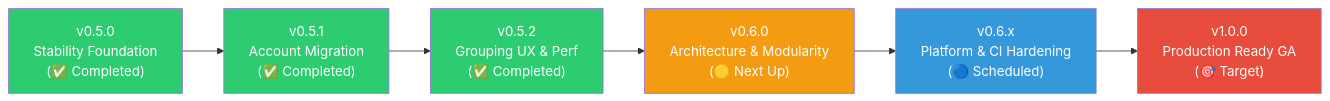
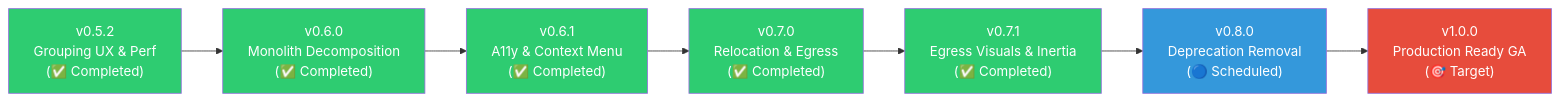
The diagram in doc/roadmap.md (pccria/flutter_notification_queue), drawn with Mermaid before and after one commit. The commit also changed other lines of this file and 62 other files, not shown here.

First line of the commit message:
feat(interactions): directional egress physics, card-centric flight, and cross-queue slot relocation

````diff
--- a/doc/roadmap.md
+++ b/doc/roadmap.md
@@ -11,15 +11,17 @@
 ```mermaid
 graph LR
-    A["v0.5.0<br/>Stability Foundation<br/>(✅ Completed)"] --> B["v0.5.1<br/>Account Migration<br/>(✅ Completed)"]
-    B --> C["v0.5.2<br/>Grouping UX & Perf<br/>(✅ Completed)"]
-    C --> D["v0.6.0<br/>Architecture & Modularity<br/>(🟡 Next Up)"]
-    D --> E["v0.6.x<br/>Platform & CI Hardening<br/>(🔵 Scheduled)"]
-    E --> F["v1.0.0<br/>Production Ready GA<br/>(🎯 Target)"]
+    A["v0.5.2<br/>Grouping UX & Perf<br/>(✅ Completed)"] --> B["v0.6.0<br/>Monolith Decomposition<br/>(✅ Completed)"]
+    B --> C["v0.6.1<br/>A11y & Context Menu<br/>(✅ Completed)"]
+    C --> D["v0.7.0<br/>Relocation & Egress<br/>(✅ Completed)"]
+    D --> E["v0.7.1<br/>Egress Visuals & Inertia<br/>(✅ Completed)"]
+    E --> F["v0.8.0<br/>Deprecation Removal<br/>(🔵 Scheduled)"]
+    F --> G["v1.0.0<br/>Production Ready GA<br/>(🎯 Target)"]
 
     style A fill:#2ecc71,color:#fff
     style B fill:#2ecc71,color:#fff
     style C fill:#2ecc71,color:#fff
-    style D fill:#f39c12,color:#fff
-    style E fill:#3498db,color:#fff
-    style F fill:#e74c3c,color:#fff
+    style D fill:#2ecc71,color:#fff
+    style E fill:#2ecc71,color:#fff
+    style F fill:#3498db,color:#fff
+    style G fill:#e74c3c,color:#fff
 ```
````
